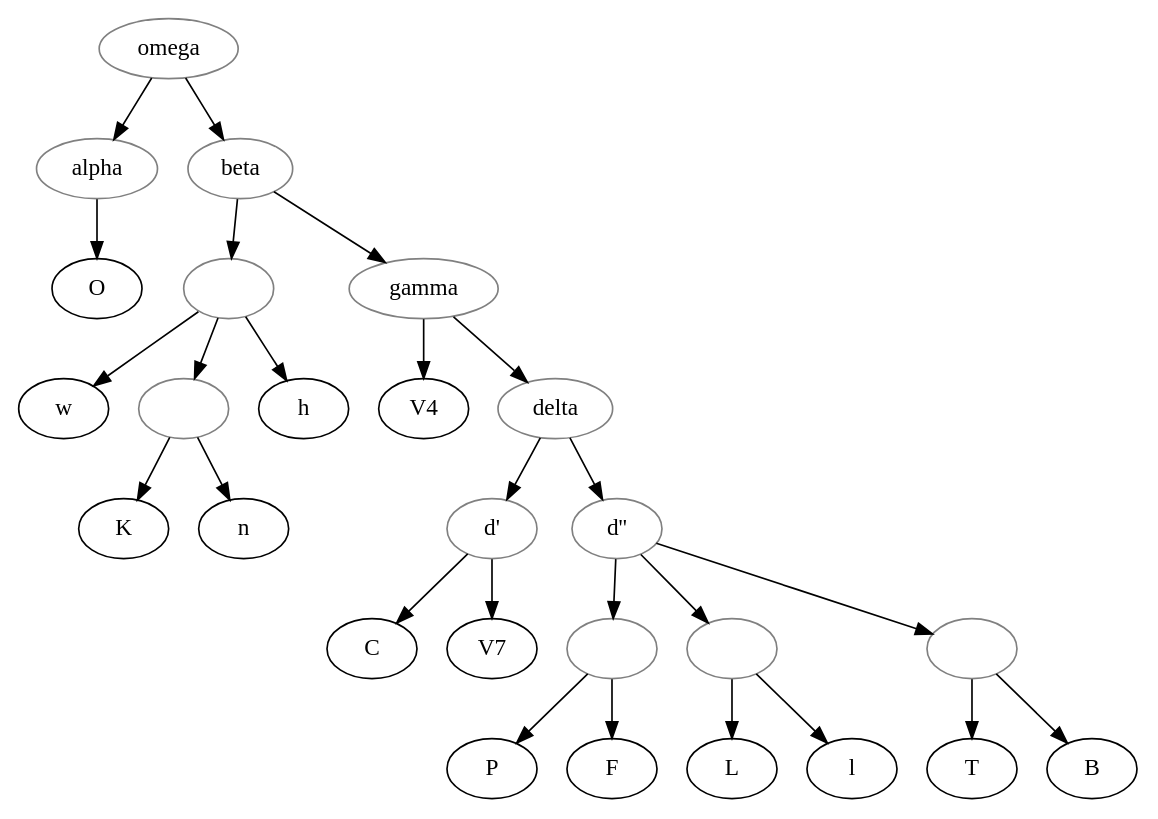
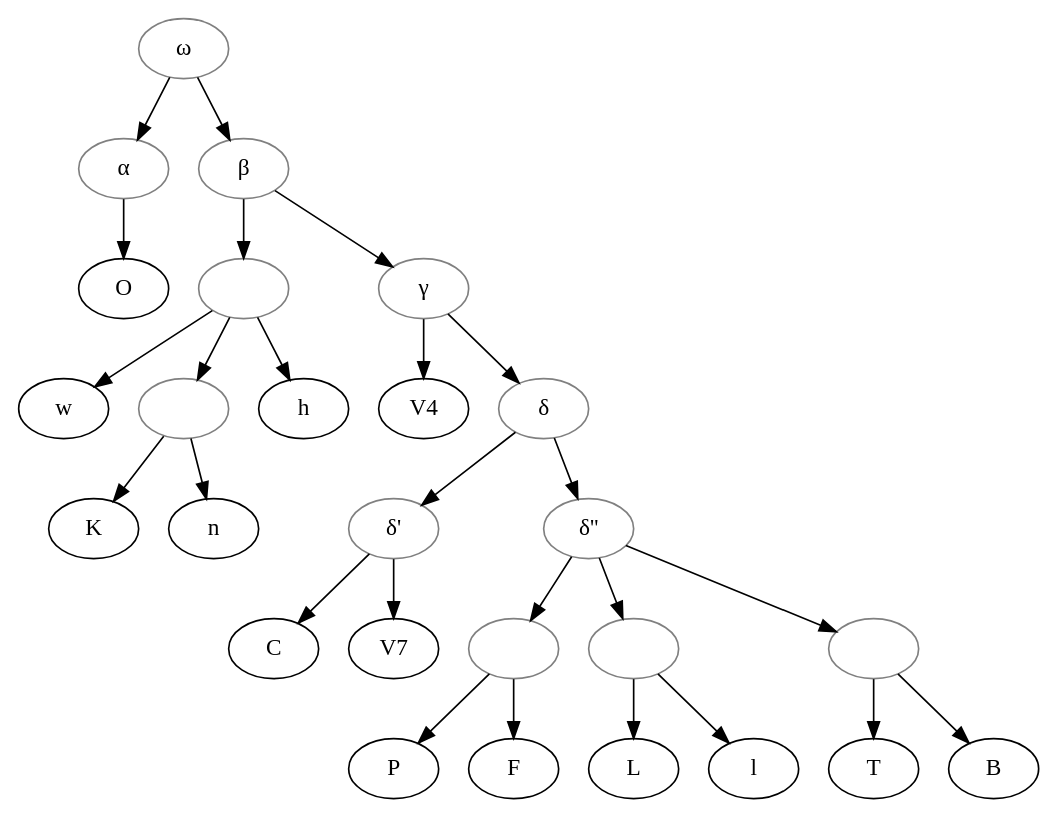
The diagram in examples/Segre_1971_Roland/stemma.gv (OpenStemmata/database), drawn with Graphviz before and after one commit.

Commit message:
correction on examples

```diff
--- a/examples/Segre_1971_Roland/stemma.gv
+++ b/examples/Segre_1971_Roland/stemma.gv
@@ -1,43 +1,43 @@
 digraph {
 
     omega -> alpha;
     alpha -> O;
     omega -> beta
     beta -> 1
     1 -> w
     1 -> 2
     2 -> K
     2 -> n
     1 -> h
 
     beta -> gamma
     gamma -> V4
     gamma -> delta
     delta -> deltaprime
     deltaprime -> C
     deltaprime -> V7
     delta -> deltasecond
     deltasecond -> 3
     3 -> P
     3 -> F
     deltasecond -> 4
     4 -> L
     4 -> l
     deltasecond -> 5
     5 -> T
     5 -> B
 
-    omega[color="grey"]
-    alpha[color="grey"]
-    beta[color="grey"]
-    gamma[color="grey"]
-    delta[color="grey"]
-    deltaprime[color="grey", label="d'"]
-    deltasecond[color="grey", label="d''"]
+    omega[color="grey", label="ω"]
+    alpha[color="grey", label="α"]
+    beta[color="grey", label="β"]
+    gamma[color="grey", label="γ"]
+    delta[color="grey", label="δ"]
+    deltaprime[color="grey", label="δ'"]
+    deltasecond[color="grey", label="δ''"]
     1[color="grey",label=""]
     2[color="grey",label=""]
     3[color="grey",label=""]
     4[color="grey",label=""]
     5[color="grey",label=""]
 
 }
```
